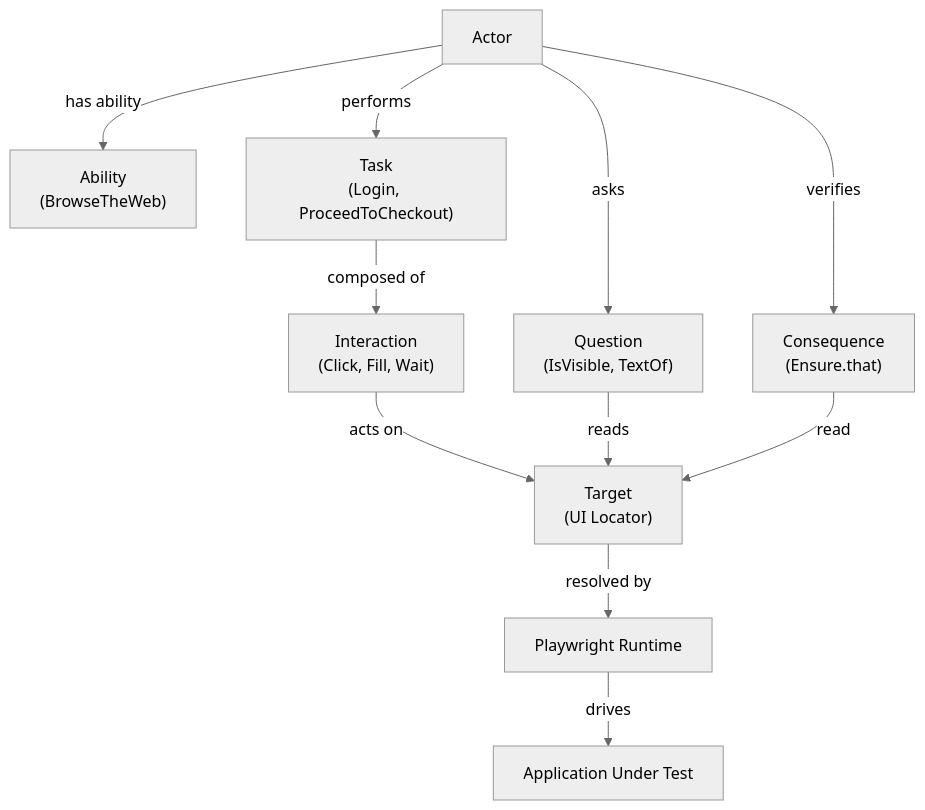
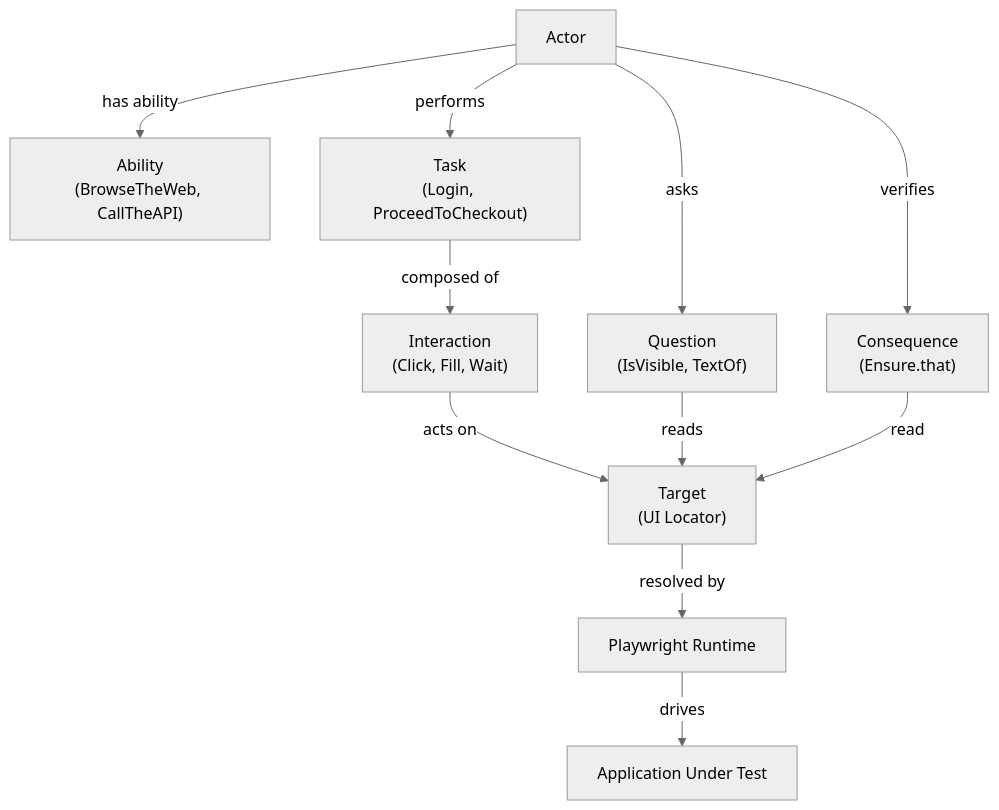
One commit to stansiris/playwright-pytest-screenplay-framework changed the diagram in README.md. Above: the diagram before and after it, drawn with Mermaid (neutral theme). The commit also changed other lines of this file and 39 other files, not shown here.

First line of the commit message:
feat(taskhub): add bundled TaskHub app, API ability, and full integration suites

````diff
--- a/README.md
+++ b/README.md
@@ -72,27 +158,27 @@
 ```mermaid
 graph TD
 
 Actor["Actor"]
-Ability["Ability<br/>(BrowseTheWeb)"]
+Ability["Ability<br/>(BrowseTheWeb, CallTheAPI)"]
 Task["Task<br/>(Login, ProceedToCheckout)"]
 Interaction["Interaction<br/>(Click, Fill, Wait)"]
 Question["Question<br/>(IsVisible, TextOf)"]
 Consequence["Consequence<br/>(Ensure.that)"]
 Target["Target<br/>(UI Locator)"]
 Playwright["Playwright Runtime"]
 System["Application Under Test"]
 
 Actor -->|has ability| Ability
 
 Actor -->|performs| Task
 Task -->|composed of| Interaction
 Interaction -->|acts on| Target
 Target -->|resolved by| Playwright
 Playwright -->|drives| System
 
 Actor -->|asks| Question
 Question -->|reads| Target
 
 Actor -->|verifies| Consequence
 Consequence -->|read| Target
 ```
````
